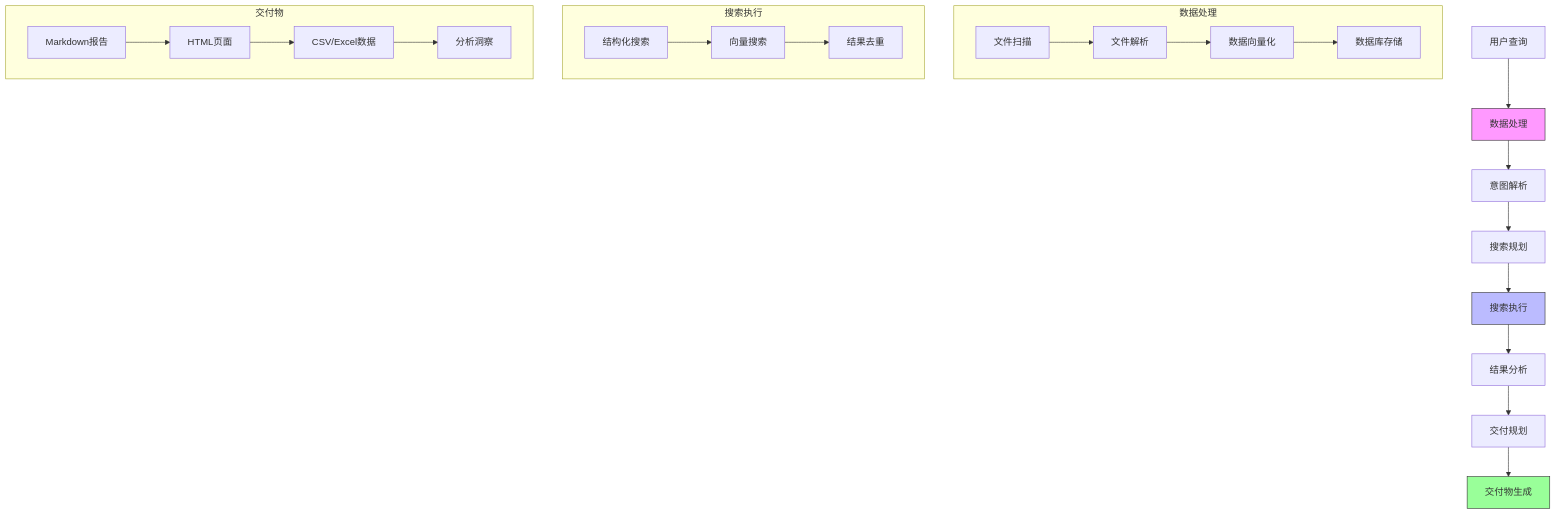
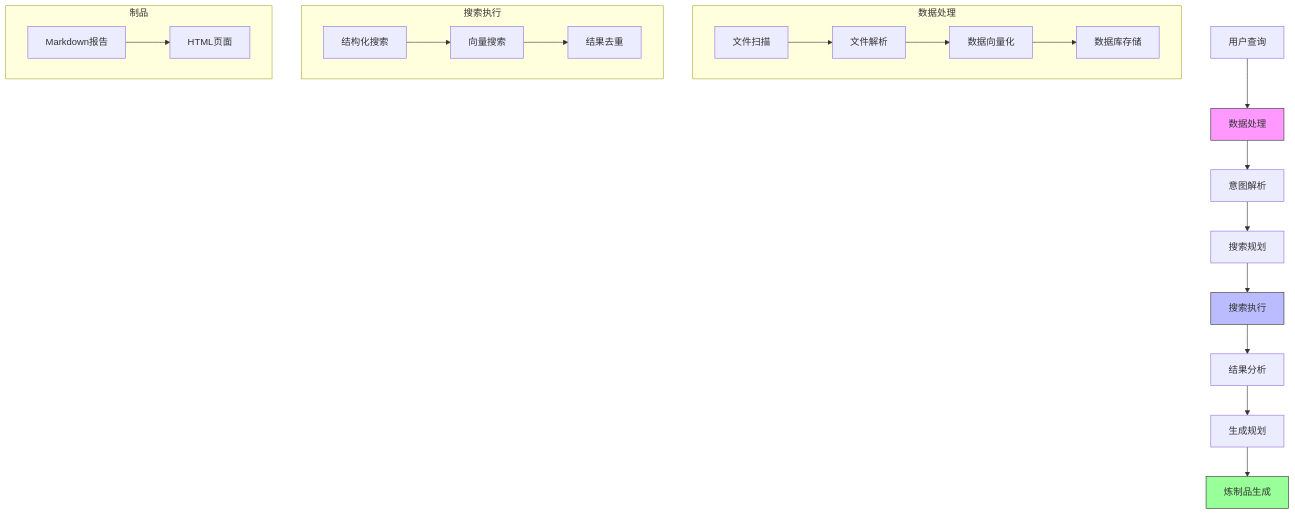
One commit to helixlife-ai/datamind changed the diagram in docs/README_zh.md. Above: the diagram before and after it, drawn with Mermaid. The commit also changed other lines of this file and 2 other files, not shown here.

````diff
--- a/docs/README_zh.md
+++ b/docs/README_zh.md
@@ -44,30 +48,28 @@
 ```mermaid
 graph TD
     A[用户查询] --> B[数据处理]
     B --> C[意图解析]
     C --> D[搜索规划]
     D --> E[搜索执行]
     E --> F[结果分析]
-    F --> G[交付规划]
-    G --> H[交付物生成]
+    F --> G[生成规划]
+    G --> H[炼制品生成]
     
     subgraph 数据处理
         B1[文件扫描] --> B2[文件解析]
         B2 --> B3[数据向量化]
         B3 --> B4[数据库存储]
         style B fill:#f9f,stroke:#333
     end
     
     subgraph 搜索执行
         E1[结构化搜索] --> E2[向量搜索]
         E2 --> E3[结果去重]
         style E fill:#bbf,stroke:#333
     end
     
-    subgraph 交付物
+    subgraph 制品
         H1[Markdown报告] --> H2[HTML页面]
-        H2 --> H3[CSV/Excel数据]
-        H3 --> H4[分析洞察]
         style H fill:#9f9,stroke:#333
     end
 ```
````
